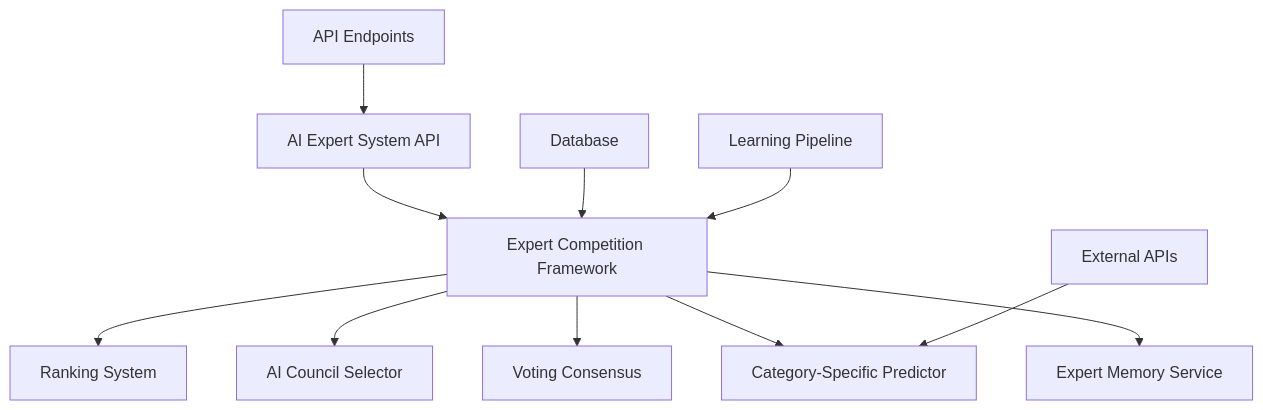
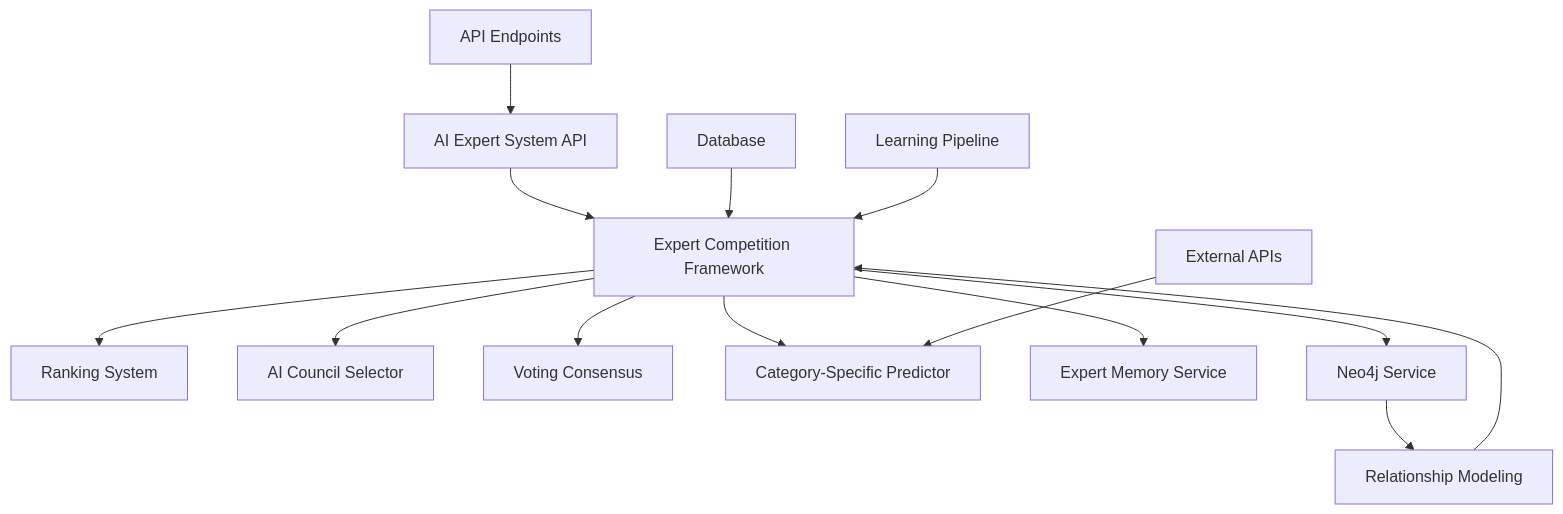
Before and after one commit to Lego4005/nfl-predictor-api: the first of 5 diagrams in .qoder/repowiki/en/content/LLM Expert Enhancement.md, drawn with Mermaid. The commit also changed other lines of this file and 146 other files, not shown here.

````diff
--- a/.qoder/repowiki/en/content/LLM Expert Enhancement.md
+++ b/.qoder/repowiki/en/content/LLM Expert Enhancement.md
@@ -38,13 +40,16 @@
 ```mermaid
 graph TD
 A[AI Expert System API] --> B[Expert Competition Framework]
 B --> C[Ranking System]
 B --> D[AI Council Selector]
 B --> E[Voting Consensus]
 B --> F[Category-Specific Predictor]
 B --> G[Expert Memory Service]
 H[Database] --> B
 I[External APIs] --> F
 J[Learning Pipeline] --> B
 K[API Endpoints] --> A
+B --> L[Neo4j Service]
+L --> M[Relationship Modeling]
+M --> B
 ```
````
